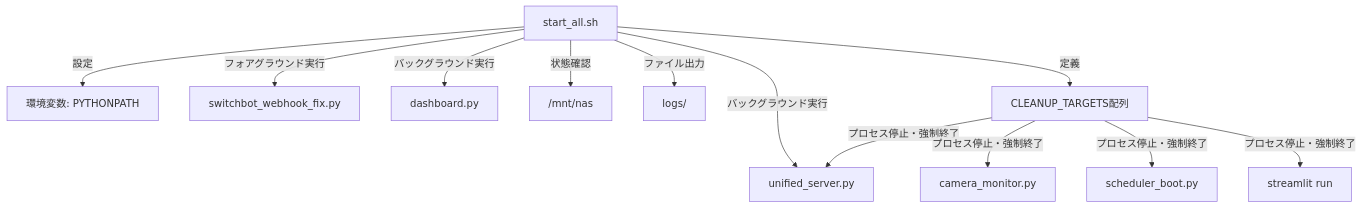
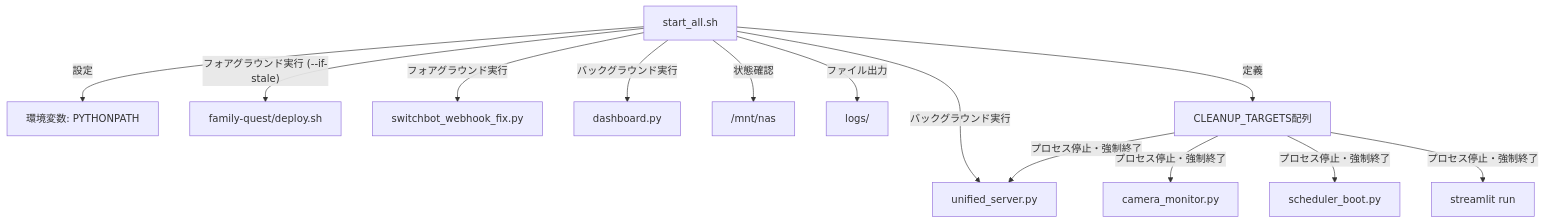
The second of 2 diagrams in docs/specifications/MY_HOME_SYSTEM/start_all.md (mmtigers/my_python_project), drawn with Mermaid before and after one commit. The commit also changed other lines of this file and 3 other files, not shown here.

````diff
--- a/docs/specifications/MY_HOME_SYSTEM/start_all.md
+++ b/docs/specifications/MY_HOME_SYSTEM/start_all.md
@@ -166,27 +191,29 @@
 ```mermaid
 graph TD
     start_all["start_all.sh"]
     PYTHONPATH["環境変数: PYTHONPATH"]
+    QuestDeploy["family-quest/deploy.sh"]
     WebhookFix["switchbot_webhook_fix.py"]
     Server["unified_server.py"]
     Dashboard["dashboard.py"]
     NAS["/mnt/nas"]
     Logs["logs/"]
     Targets["CLEANUP_TARGETS配列"]
     Proc1["camera_monitor.py"]
     Proc3["scheduler_boot.py"]
     Proc4["streamlit run"]
 
     start_all -->|設定| PYTHONPATH
+    start_all -->|"フォアグラウンド実行 (--if-stale)"| QuestDeploy
     start_all -->|フォアグラウンド実行| WebhookFix
     start_all -->|バックグラウンド実行| Server
     start_all -->|バックグラウンド実行| Dashboard
     start_all -->|状態確認| NAS
     start_all -->|ファイル出力| Logs
     start_all -->|定義| Targets
     Targets -->|プロセス停止・強制終了| Server
     Targets -->|プロセス停止・強制終了| Proc1
     Targets -->|プロセス停止・強制終了| Proc3
     Targets -->|プロセス停止・強制終了| Proc4
 
 ```
````
